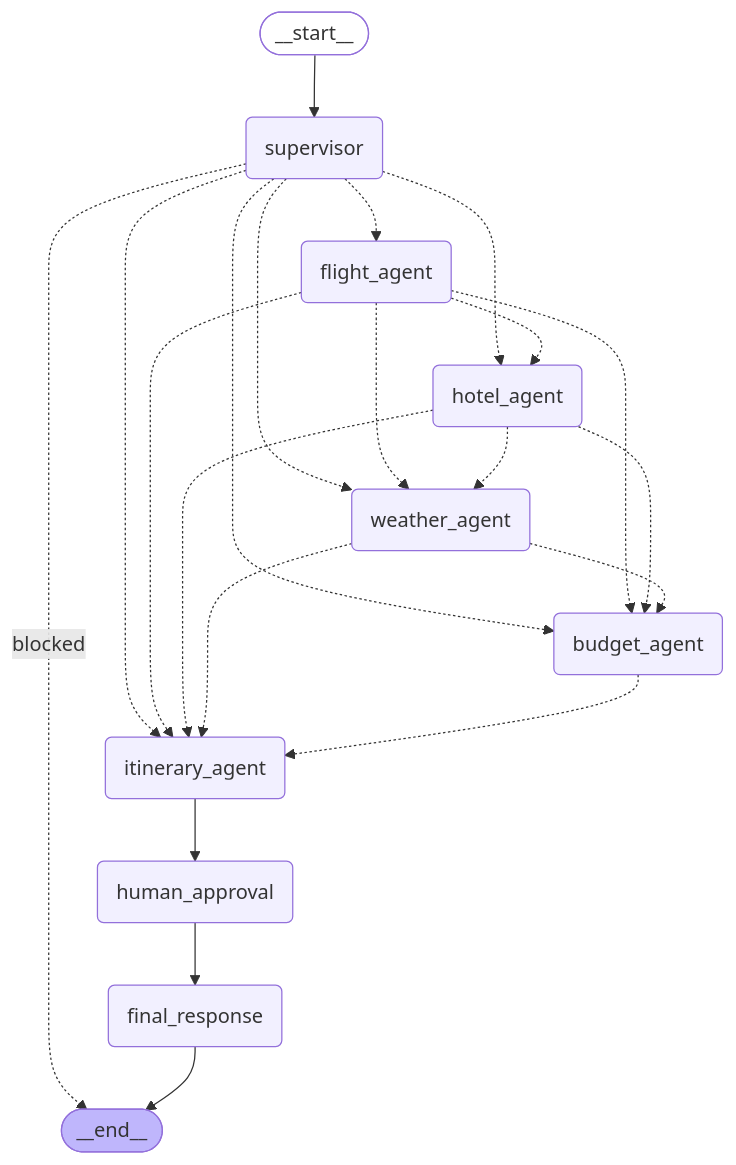
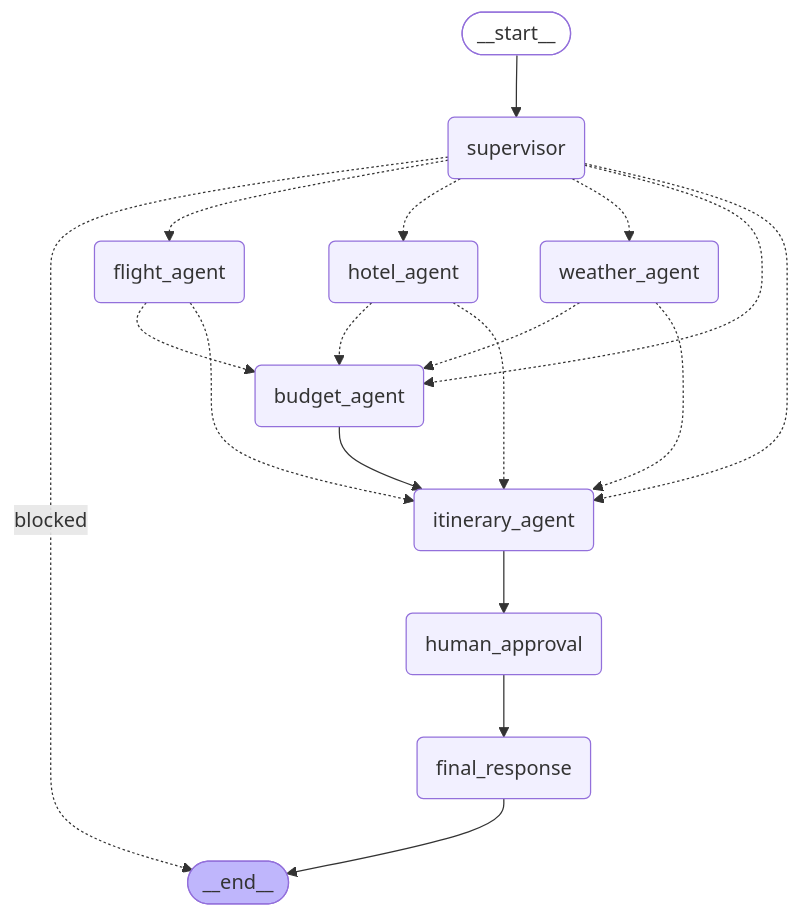
The diagram in README.md (MuhammadMehdiRaza/Multi-Agent-AI-Travel-Planning-System), drawn with Mermaid before and after one commit. The commit also changed other lines of this file, not shown here.

````diff
--- a/README.md
+++ b/README.md
@@ -28,36 +36,33 @@
 ```mermaid
 graph TD;
 	__start__([__start__]):::first
 	supervisor(supervisor)
 	flight_agent(flight_agent)
 	hotel_agent(hotel_agent)
 	weather_agent(weather_agent)
 	budget_agent(budget_agent)
 	itinerary_agent(itinerary_agent)
 	human_approval(human_approval)
 	final_response(final_response)
 	__end__([__end__]):::last
 	__start__ --> supervisor;
 	supervisor -. blocked .-> __end__;
 	supervisor -.-> flight_agent;
 	supervisor -.-> hotel_agent;
 	supervisor -.-> weather_agent;
 	supervisor -.-> budget_agent;
 	supervisor -.-> itinerary_agent;
-	flight_agent -.-> hotel_agent;
-	flight_agent -.-> weather_agent;
 	flight_agent -.-> budget_agent;
 	flight_agent -.-> itinerary_agent;
-	hotel_agent -.-> weather_agent;
 	hotel_agent -.-> budget_agent;
 	hotel_agent -.-> itinerary_agent;
 	weather_agent -.-> budget_agent;
 	weather_agent -.-> itinerary_agent;
-	budget_agent -.-> itinerary_agent;
+	budget_agent --> itinerary_agent;
 	itinerary_agent --> human_approval;
 	human_approval --> final_response;
 	final_response --> __end__;
 	classDef default fill:#f2f0ff,line-height:1.2
 	classDef first fill-opacity:0
 	classDef last fill:#bfb6fc
 ```
````
